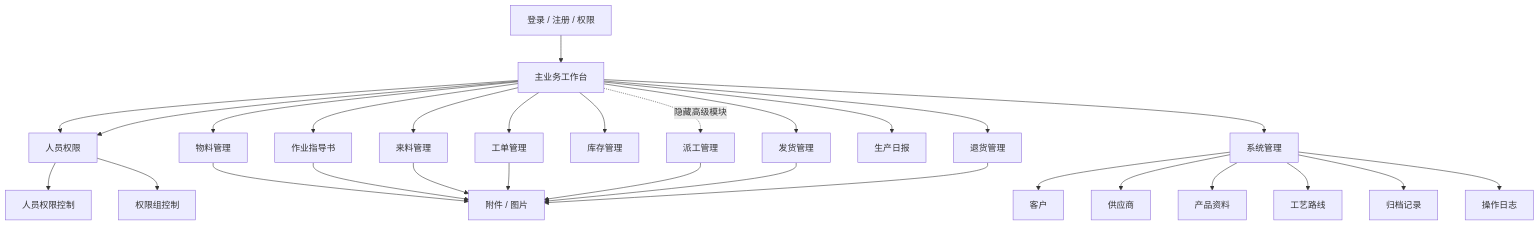
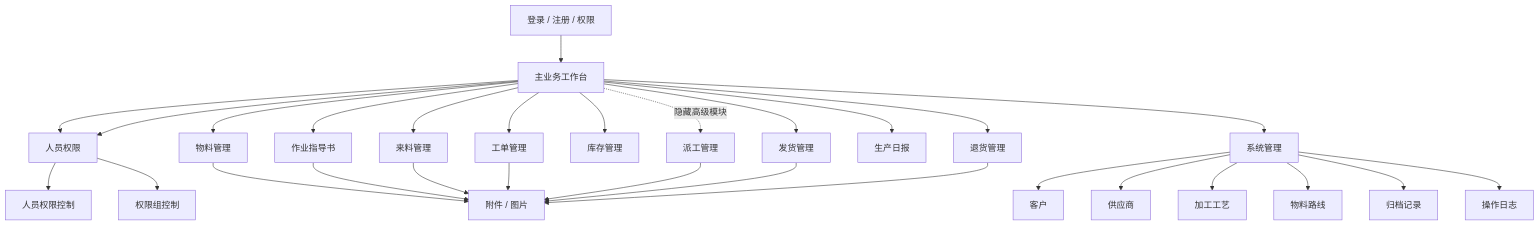
One commit to goldf2/mes-lite changed the first of 7 diagrams in docs/minierp/当前系统建模与结构审查.md. Above: the diagram before and after it, drawn with Mermaid. The commit also changed other lines of this file and 40 other files, not shown here.

````diff
--- a/docs/minierp/当前系统建模与结构审查.md
+++ b/docs/minierp/当前系统建模与结构审查.md
@@ -54,35 +54,35 @@
 ```mermaid
 flowchart TB
   A["登录 / 注册 / 权限"] --> B["主业务工作台"]
 
   B --> M["仪表盘"]
   B --> C["物料管理"]
   B --> D["作业指导书"]
   B --> E["来料管理"]
   B --> F["工单管理"]
   B --> H["库存管理"]
   B --> I["发货管理"]
   B --> J["退货管理"]
   B --> K["生产日报"]
   B -.隐藏高级模块.-> G["派工管理"]
 
   B --> L["系统管理"]
   L --> L1["客户"]
   L --> L2["供应商"]
-  L --> L3["产品资料"]
-  L --> L4["工艺路线"]
+  L --> L3["加工工艺"]
+  L --> L4["物料路线"]
   L --> L5["归档记录"]
   L --> L6["操作日志"]
 
   B --> M["人员权限"]
   M --> M1["人员权限控制"]
   M --> M2["权限组控制"]
 
   C --> N["附件 / 图片"]
   D --> N
   E --> N
   F --> N
   G --> N
   I --> N
   J --> N
 ```
````
